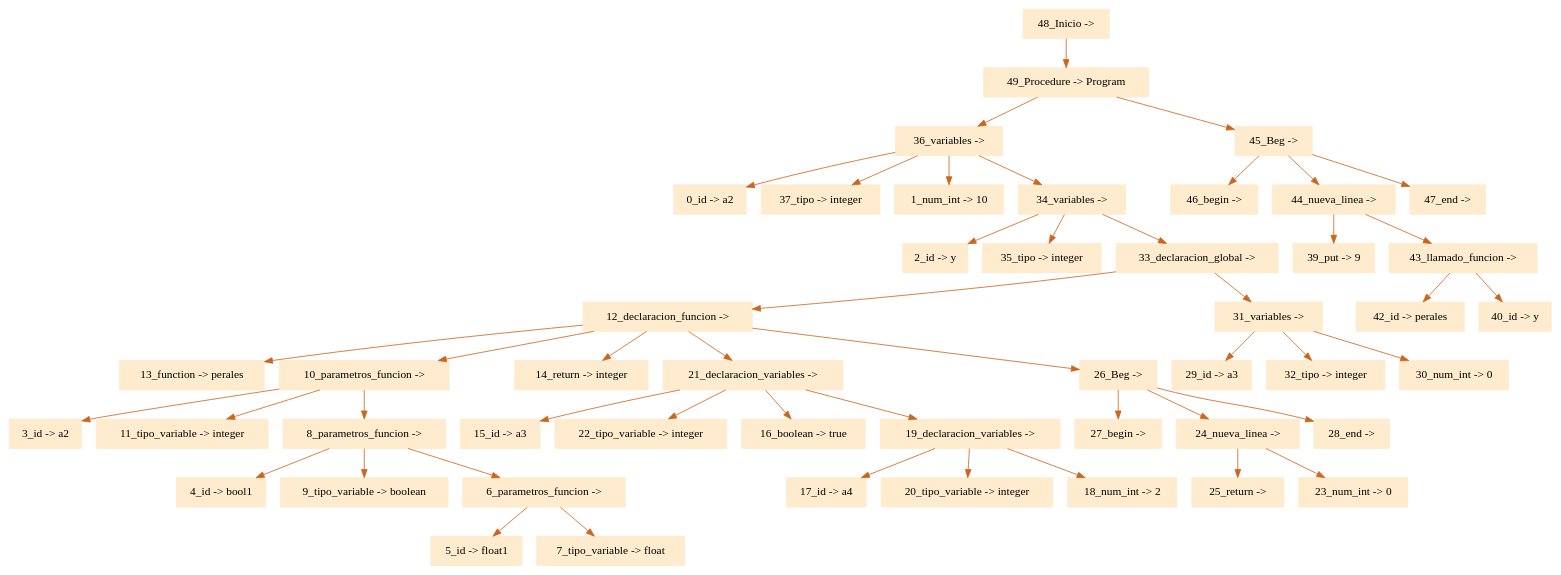
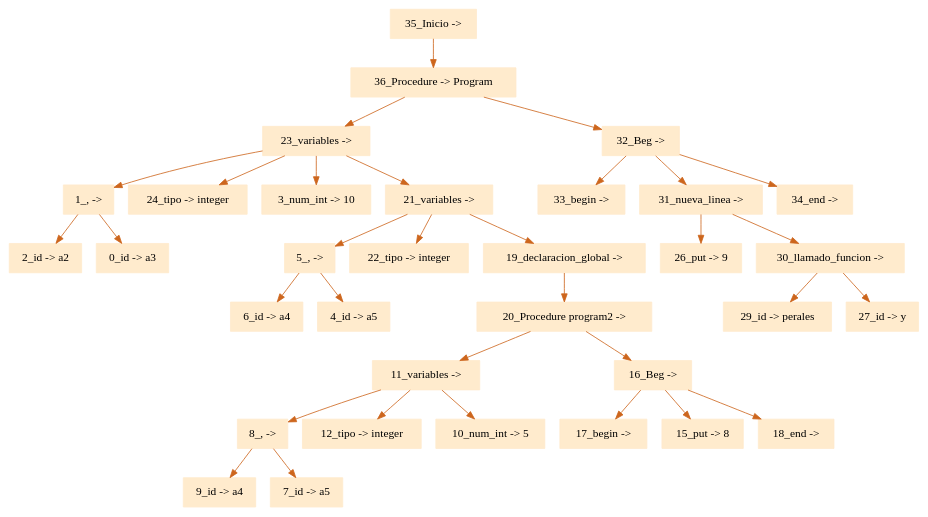
One commit to eliasgz97/Proyecto_Compiladores changed the diagram in ProyectoCompiladores/arbol.dot. Above: the diagram before and after it, drawn with Graphviz. The commit also changed 5 other files, not shown here.

```diff
--- a/ProyectoCompiladores/arbol.dot
+++ b/ProyectoCompiladores/arbol.dot
@@ -1,52 +1,37 @@
 digraph G {node[shape=box, style=filled, color=blanchedalmond]; edge[color=chocolate3];rankdir=UD 
 
-"48_Inicio -> "->"49_Procedure -> Program"
-"49_Procedure -> Program"->"36_variables -> "
-"36_variables -> "->"0_id -> a2"
-"36_variables -> "->"37_tipo -> integer"
-"36_variables -> "->"1_num_int -> 10"
-"36_variables -> "->"34_variables -> "
-"34_variables -> "->"2_id -> y"
-"34_variables -> "->"35_tipo -> integer"
-"34_variables -> "->"33_declaracion_global -> "
-"33_declaracion_global -> "->"12_declaracion_funcion -> "
-"12_declaracion_funcion -> "->"13_function -> perales"
-"12_declaracion_funcion -> "->"10_parametros_funcion -> "
-"10_parametros_funcion -> "->"3_id -> a2"
-"10_parametros_funcion -> "->"11_tipo_variable -> integer"
-"10_parametros_funcion -> "->"8_parametros_funcion -> "
-"8_parametros_funcion -> "->"4_id -> bool1"
-"8_parametros_funcion -> "->"9_tipo_variable -> boolean"
-"8_parametros_funcion -> "->"6_parametros_funcion -> "
-"6_parametros_funcion -> "->"5_id -> float1"
-"6_parametros_funcion -> "->"7_tipo_variable -> float"
-"12_declaracion_funcion -> "->"14_return -> integer"
-"12_declaracion_funcion -> "->"21_declaracion_variables -> "
-"21_declaracion_variables -> "->"15_id -> a3"
-"21_declaracion_variables -> "->"22_tipo_variable -> integer"
-"21_declaracion_variables -> "->"16_boolean -> true"
-"21_declaracion_variables -> "->"19_declaracion_variables -> "
-"19_declaracion_variables -> "->"17_id -> a4"
-"19_declaracion_variables -> "->"20_tipo_variable -> integer"
-"19_declaracion_variables -> "->"18_num_int -> 2"
-"12_declaracion_funcion -> "->"26_Beg -> "
-"26_Beg -> "->"27_begin -> "
-"26_Beg -> "->"24_nueva_linea -> "
-"24_nueva_linea -> "->"25_return -> "
-"24_nueva_linea -> "->"23_num_int -> 0"
-"26_Beg -> "->"28_end -> "
-"33_declaracion_global -> "->"31_variables -> "
-"31_variables -> "->"29_id -> a3"
-"31_variables -> "->"32_tipo -> integer"
-"31_variables -> "->"30_num_int -> 0"
-"49_Procedure -> Program"->"45_Beg -> "
-"45_Beg -> "->"46_begin -> "
-"45_Beg -> "->"44_nueva_linea -> "
-"44_nueva_linea -> "->"39_put -> 9"
-"44_nueva_linea -> "->"43_llamado_funcion -> "
-"43_llamado_funcion -> "->"42_id -> perales"
-"43_llamado_funcion -> "->"40_id -> y"
-"45_Beg -> "->"47_end -> "
+"35_Inicio -> "->"36_Procedure -> Program"
+"36_Procedure -> Program"->"23_variables -> "
+"23_variables -> "->"1_, -> "
+"1_, -> "->"2_id -> a2"
+"1_, -> "->"0_id -> a3"
+"23_variables -> "->"24_tipo -> integer"
+"23_variables -> "->"3_num_int -> 10"
+"23_variables -> "->"21_variables -> "
+"21_variables -> "->"5_, -> "
+"5_, -> "->"6_id -> a4"
+"5_, -> "->"4_id -> a5"
+"21_variables -> "->"22_tipo -> integer"
+"21_variables -> "->"19_declaracion_global -> "
+"19_declaracion_global -> "->"20_Procedure program2 -> "
+"20_Procedure program2 -> "->"11_variables -> "
+"11_variables -> "->"8_, -> "
+"8_, -> "->"9_id -> a4"
+"8_, -> "->"7_id -> a5"
+"11_variables -> "->"12_tipo -> integer"
+"11_variables -> "->"10_num_int -> 5"
+"20_Procedure program2 -> "->"16_Beg -> "
+"16_Beg -> "->"17_begin -> "
+"16_Beg -> "->"15_put -> 8"
+"16_Beg -> "->"18_end -> "
+"36_Procedure -> Program"->"32_Beg -> "
+"32_Beg -> "->"33_begin -> "
+"32_Beg -> "->"31_nueva_linea -> "
+"31_nueva_linea -> "->"26_put -> 9"
+"31_nueva_linea -> "->"30_llamado_funcion -> "
+"30_llamado_funcion -> "->"29_id -> perales"
+"30_llamado_funcion -> "->"27_id -> y"
+"32_Beg -> "->"34_end -> "
 
 
 }
```
